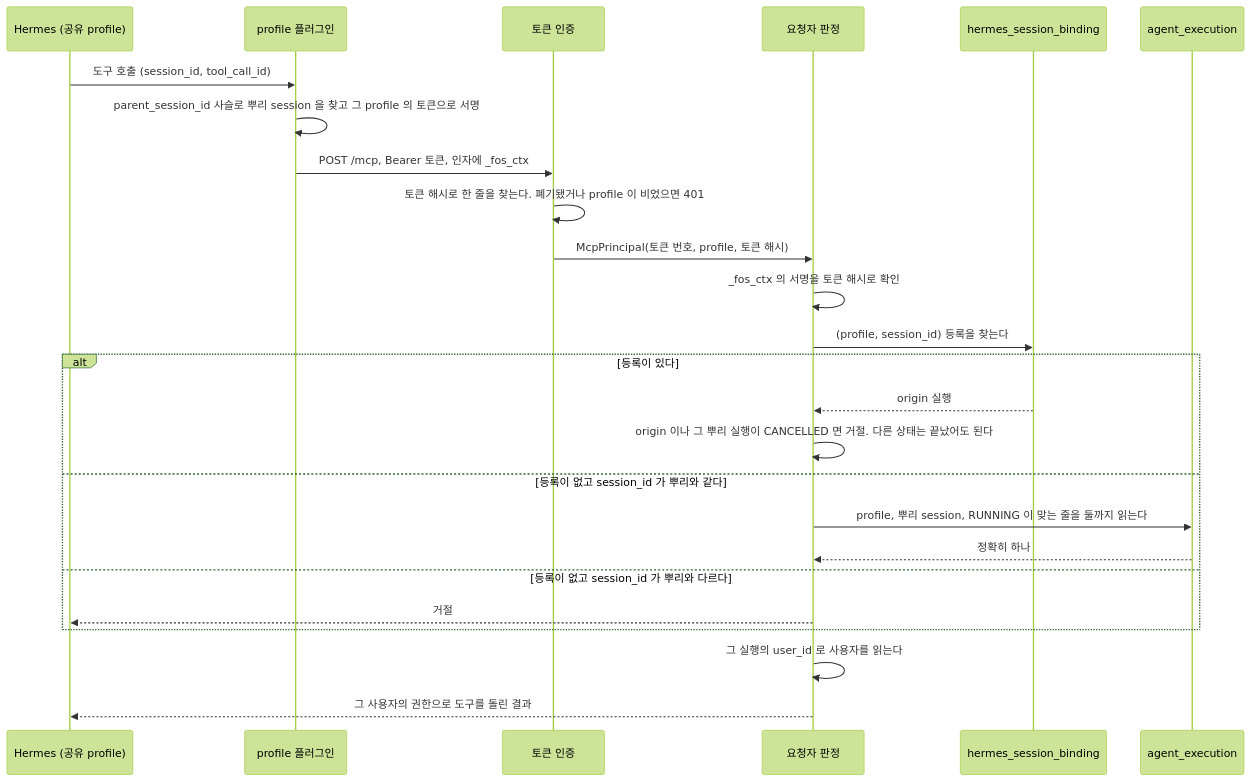
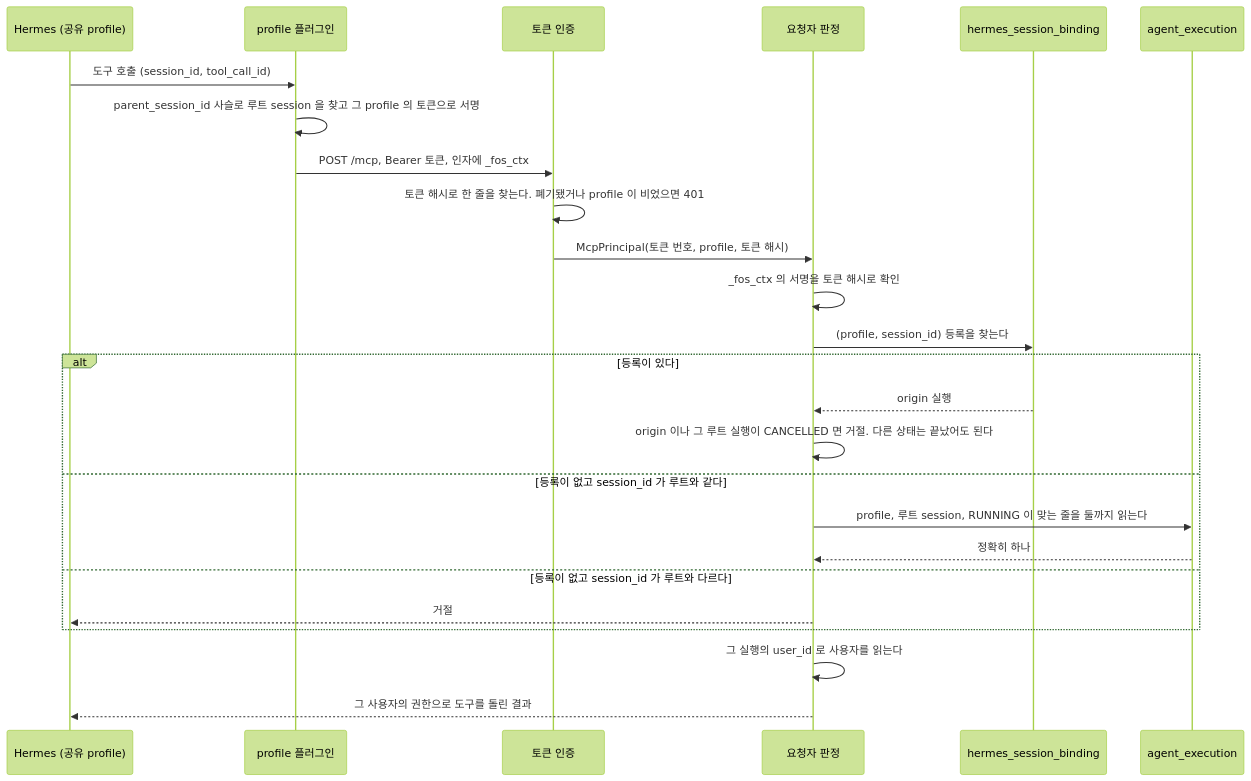
The first of 2 diagrams in docs/backend/mcp-caller.md (jon890/fos-assistant), drawn with Mermaid (forest theme) before and after one commit. The commit also changed other lines of this file and 37 other files, not shown here.

````diff
--- a/docs/backend/mcp-caller.md
+++ b/docs/backend/mcp-caller.md
@@ -61,28 +61,28 @@
 ```mermaid
 sequenceDiagram
     participant H as Hermes (공유 profile)
     participant P as profile 플러그인
     participant F as 토큰 인증
     participant R as 요청자 판정
     participant B as hermes_session_binding
     participant E as agent_execution
 
     H->>P: 도구 호출 (session_id, tool_call_id)
-    P->>P: parent_session_id 사슬로 뿌리 session 을 찾고 그 profile 의 토큰으로 서명
+    P->>P: parent_session_id 사슬로 루트 session 을 찾고 그 profile 의 토큰으로 서명
     P->>F: POST /mcp, Bearer 토큰, 인자에 _fos_ctx
     F->>F: 토큰 해시로 한 줄을 찾는다. 폐기됐거나 profile 이 비었으면 401
     F->>R: McpPrincipal(토큰 번호, profile, 토큰 해시)
     R->>R: _fos_ctx 의 서명을 토큰 해시로 확인
     R->>B: (profile, session_id) 등록을 찾는다
     alt 등록이 있다
         B-->>R: origin 실행
-        R->>R: origin 이나 그 뿌리 실행이 CANCELLED 면 거절. 다른 상태는 끝났어도 된다
-    else 등록이 없고 session_id 가 뿌리와 같다
-        R->>E: profile, 뿌리 session, RUNNING 이 맞는 줄을 둘까지 읽는다
+        R->>R: origin 이나 그 루트 실행이 CANCELLED 면 거절. 다른 상태는 끝났어도 된다
+    else 등록이 없고 session_id 가 루트와 같다
+        R->>E: profile, 루트 session, RUNNING 이 맞는 줄을 둘까지 읽는다
         E-->>R: 정확히 하나
-    else 등록이 없고 session_id 가 뿌리와 다르다
+    else 등록이 없고 session_id 가 루트와 다르다
         R-->>H: 거절
     end
     R->>R: 그 실행의 user_id 로 사용자를 읽는다
     R-->>H: 그 사용자의 권한으로 도구를 돌린 결과
 ```
````
